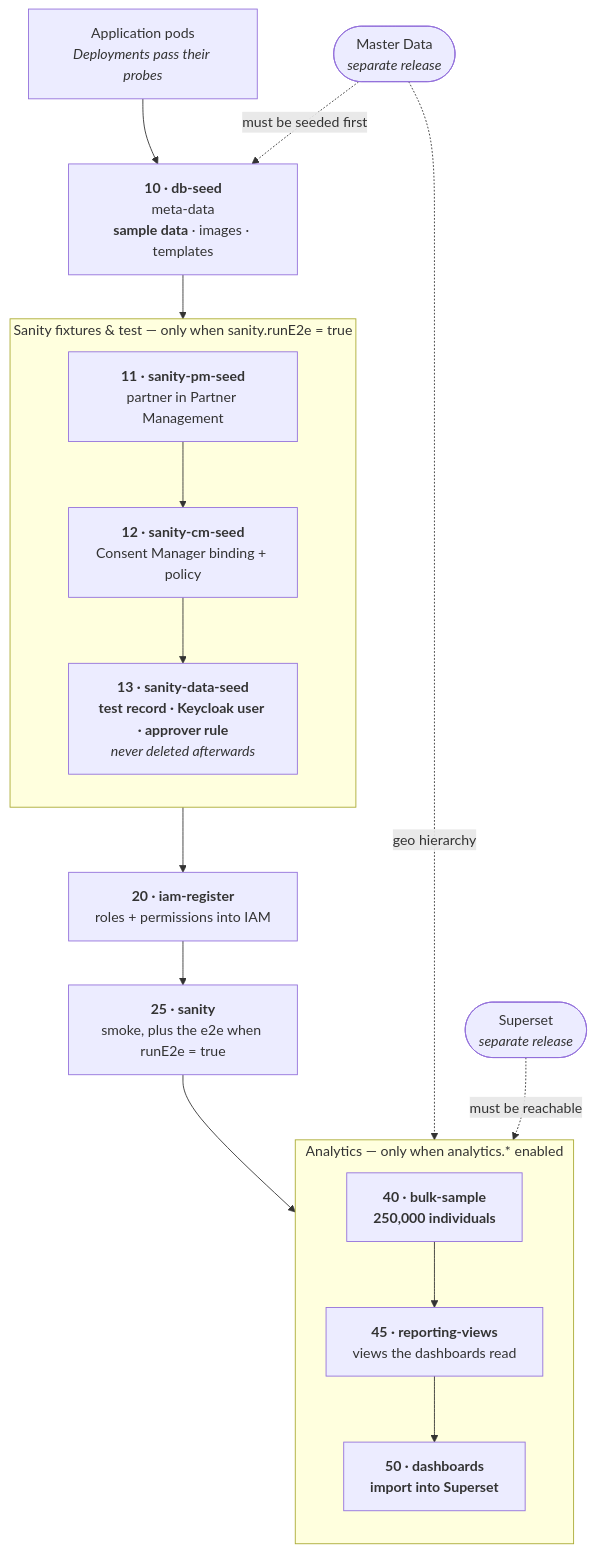
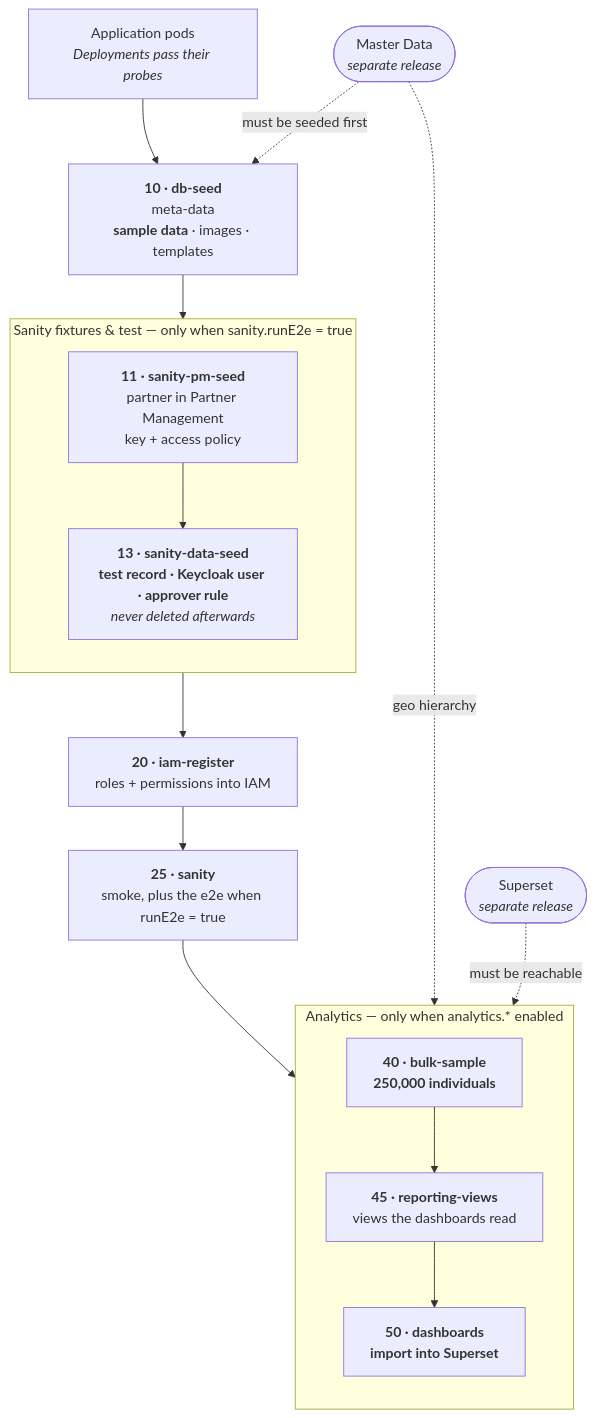
One commit to OpenG2P/openg2p-documentation changed the diagram in products/registry/national-social-registry/deployment/data-seeding.md. Above: the diagram before and after it, drawn with Mermaid. The commit also changed other lines of this file and 74 other files, not shown here.

````diff
--- a/products/registry/national-social-registry/deployment/data-seeding.md
+++ b/products/registry/national-social-registry/deployment/data-seeding.md
@@ -211,29 +211,28 @@
 ```mermaid
 flowchart TD
     A["Application pods<br/><i>Deployments pass their probes</i>"] --> B
 
     B["<b>10 · db-seed</b><br/>meta-data<br/><b>sample data</b> · images · templates"] --> C
 
     subgraph S ["Sanity fixtures &amp; test — only when sanity.runE2e = true"]
         direction TB
-        C["<b>11 · sanity-pm-seed</b><br/>partner in Partner Management"] --> D
-        D["<b>12 · sanity-cm-seed</b><br/>Consent Manager binding + policy"] --> E
+        C["<b>11 · sanity-pm-seed</b><br/>partner in Partner Management<br/>key + access policy"] --> E
         E["<b>13 · sanity-data-seed</b><br/><b>test record · Keycloak user · approver rule</b><br/><i>never deleted afterwards</i>"]
     end
 
     E --> F["<b>20 · iam-register</b><br/>roles + permissions into IAM"]
     F --> G["<b>25 · sanity</b><br/>smoke, plus the e2e when runE2e = true"]
 
     subgraph AN ["Analytics — only when analytics.* enabled"]
         direction TB
         H["<b>40 · bulk-sample</b><br/><b>250,000 individuals</b>"] --> I
         I["<b>45 · reporting-views</b><br/>views the dashboards read"] --> J
         J["<b>50 · dashboards</b><br/><b>import into Superset</b>"]
     end
 
     G --> H
 
     MD(["Master Data<br/><i>separate release</i>"]) -.->|"must be seeded first"| B
     MD -.->|"geo hierarchy"| H
     SS(["Superset<br/><i>separate release</i>"]) -.->|"must be reachable"| J
 ```
````
